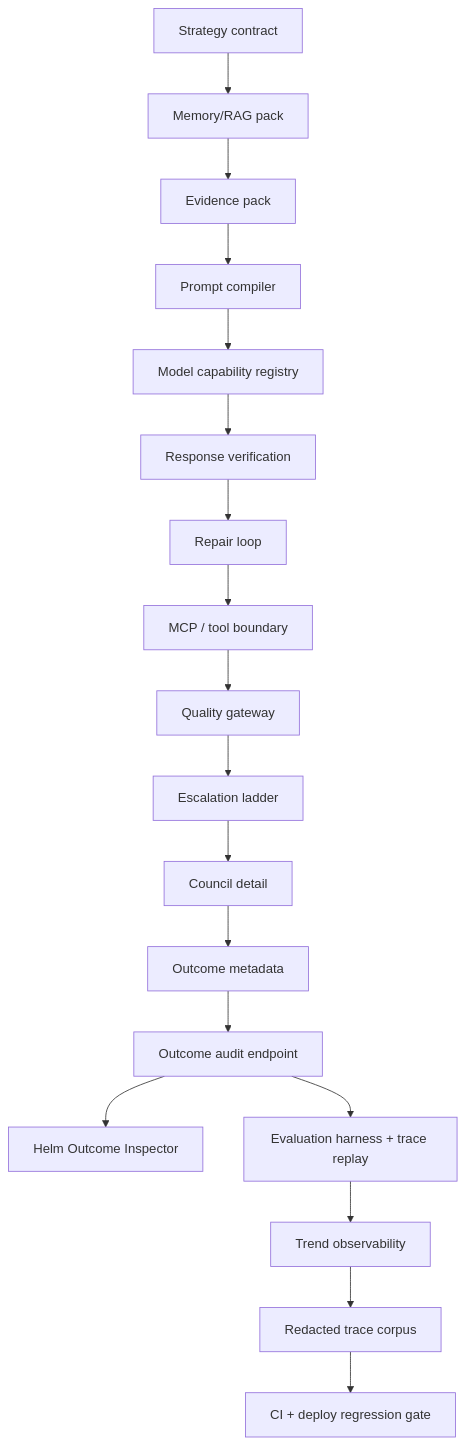
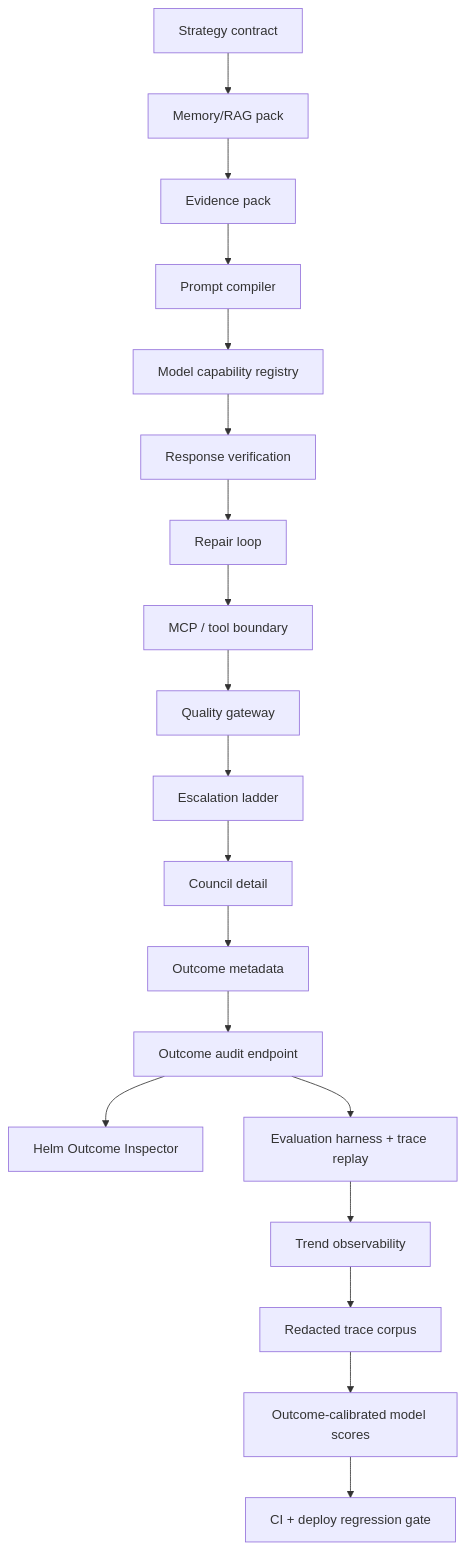
One commit to kphaas/jarvis-alpha changed the second of 2 diagrams in docs/audit/AT0_CHAT_QUALITY_ARCHITECTURE_GAP_LEDGER_2026-07-09.md. Above: the diagram before and after it, drawn with Mermaid. The commit also changed other lines of this file and 7 other files, not shown here.

Commit message:
feat(chat): add outcome-calibrated model scores (#690)

````diff
--- a/docs/audit/AT0_CHAT_QUALITY_ARCHITECTURE_GAP_LEDGER_2026-07-09.md
+++ b/docs/audit/AT0_CHAT_QUALITY_ARCHITECTURE_GAP_LEDGER_2026-07-09.md
@@ -30,20 +30,21 @@
 ```mermaid
 flowchart TD
     S["Strategy contract"] --> M["Memory/RAG pack"]
     M --> C["Evidence pack"]
     C --> P["Prompt compiler"]
     P --> R["Model capability registry"]
     R --> V["Response verification"]
     V --> RL["Repair loop"]
     RL --> TB["MCP / tool boundary"]
     TB --> Q["Quality gateway"]
     Q --> E["Escalation ladder"]
     E --> D["Council detail"]
     D --> O["Outcome metadata"]
     O --> A["Outcome audit endpoint"]
     A --> H["Helm Outcome Inspector"]
     A --> EV["Evaluation harness + trace replay"]
     EV --> T["Trend observability"]
     T --> RC["Redacted trace corpus"]
-    RC --> G["CI + deploy regression gate"]
+    RC --> MS["Outcome-calibrated model scores"]
+    MS --> G["CI + deploy regression gate"]
 ```
````
